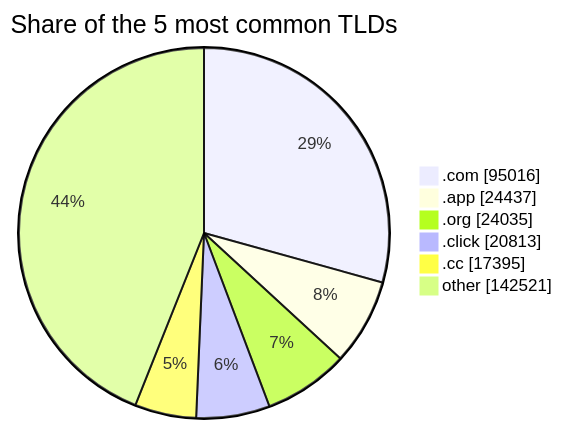
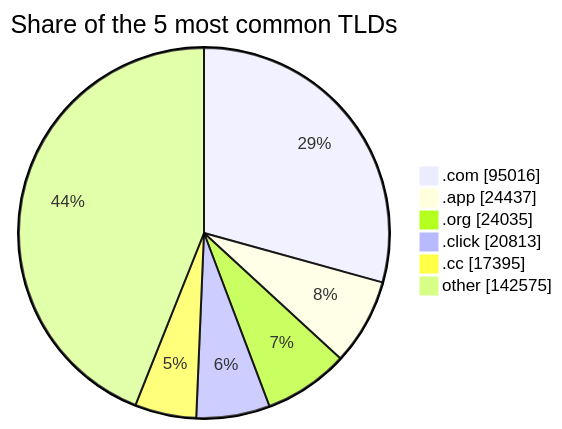
The third of 3 diagrams in README.md (DNSBunker/CTI), drawn with Mermaid before and after one commit. The commit also changed other lines of this file and 4 other files, not shown here.

````diff
--- a/README.md
+++ b/README.md
@@ -81,9 +81,9 @@
 ```mermaid
 pie showData title Share of the 5 most common TLDs
     ".com" : 95016
     ".app" : 24437
     ".org" : 24035
     ".click" : 20813
     ".cc" : 17395
-    "other" : 142521
+    "other" : 142575
 ```
````
